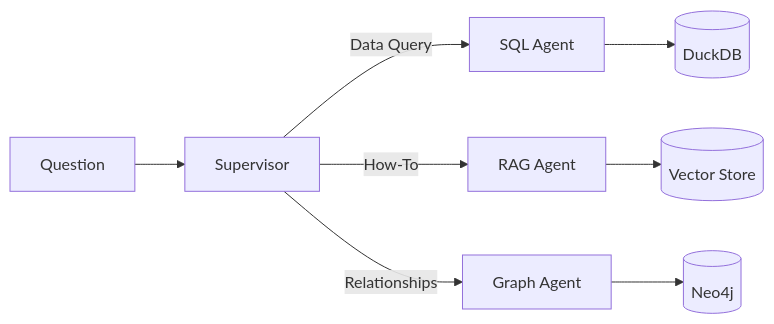
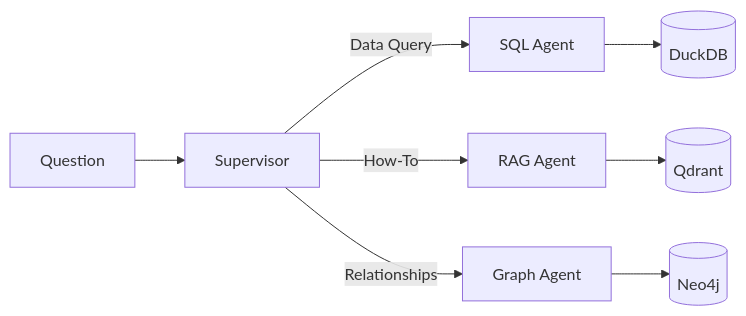
The second of 7 diagrams in README.md (sazzad-kamal/crm-agentic-reasoning-engine-docs), drawn with Mermaid before and after one commit. The commit also changed other lines of this file and 1 other file, not shown here.

Commit message:
Sharpen Eval section; Qdrant naming; add prompt injection defenses

````diff
--- a/README.md
+++ b/README.md
@@ -74,10 +74,10 @@
 ```mermaid
 flowchart LR
     Q[Question] --> S[Supervisor]
     S -->|Data Query| SQL[SQL Agent]
     S -->|How-To| RAG[RAG Agent]
     S -->|Relationships| GR[Graph Agent]
     SQL --> DB[(DuckDB)]
-    RAG --> VS[(Vector Store)]
+    RAG --> VS[(Qdrant)]
     GR --> N4[(Neo4j)]
 ```
````
